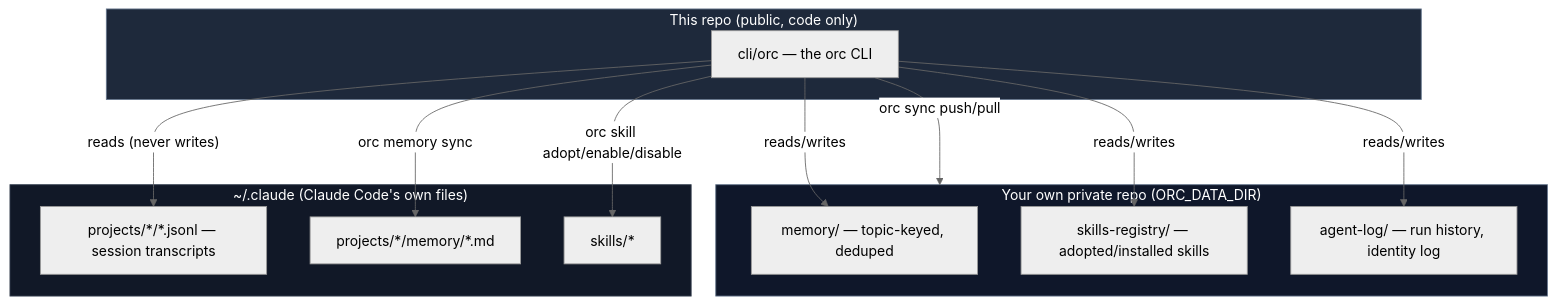
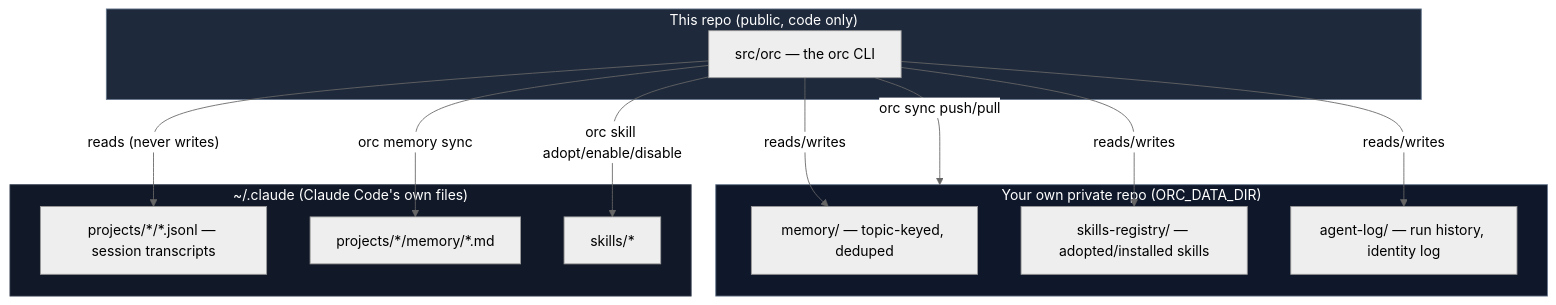
One commit to Pranav-error/claude-orchestrator changed the diagram in README.md. Above: the diagram before and after it, drawn with Mermaid (neutral theme). The commit also changed other lines of this file and 23 other files, not shown here.

````diff
--- a/README.md
+++ b/README.md
@@ -19,30 +19,30 @@
 ```mermaid
 flowchart TB
     subgraph Code["This repo (public, code only)"]
-        CLI["cli/orc — the orc CLI"]
+        CLI["src/orc — the orc CLI"]
     end
 
     subgraph Data["Your own private repo (ORC_DATA_DIR)"]
         Memory["memory/ — topic-keyed, deduped"]
         Skills["skills-registry/ — adopted/installed skills"]
         AgentLog["agent-log/ — run history, identity log"]
     end
 
     subgraph ClaudeHome["~/.claude (Claude Code's own files)"]
         Transcripts["projects/*/*.jsonl — session transcripts"]
         LocalMemory["projects/*/memory/*.md"]
         LocalSkills["skills/*"]
     end
 
     CLI -- "reads (never writes)" --> Transcripts
     CLI -- "orc memory sync" --> LocalMemory
     CLI -- "orc skill adopt/enable/disable" --> LocalSkills
     CLI -- reads/writes --> Memory
     CLI -- reads/writes --> Skills
     CLI -- reads/writes --> AgentLog
     CLI -- "orc sync push/pull" --> Data
 
     style Code fill:#1e293b,color:#fff,stroke:#64748b
     style Data fill:#0f172a,color:#fff,stroke:#64748b
     style ClaudeHome fill:#111827,color:#fff,stroke:#374151
 ```
````
